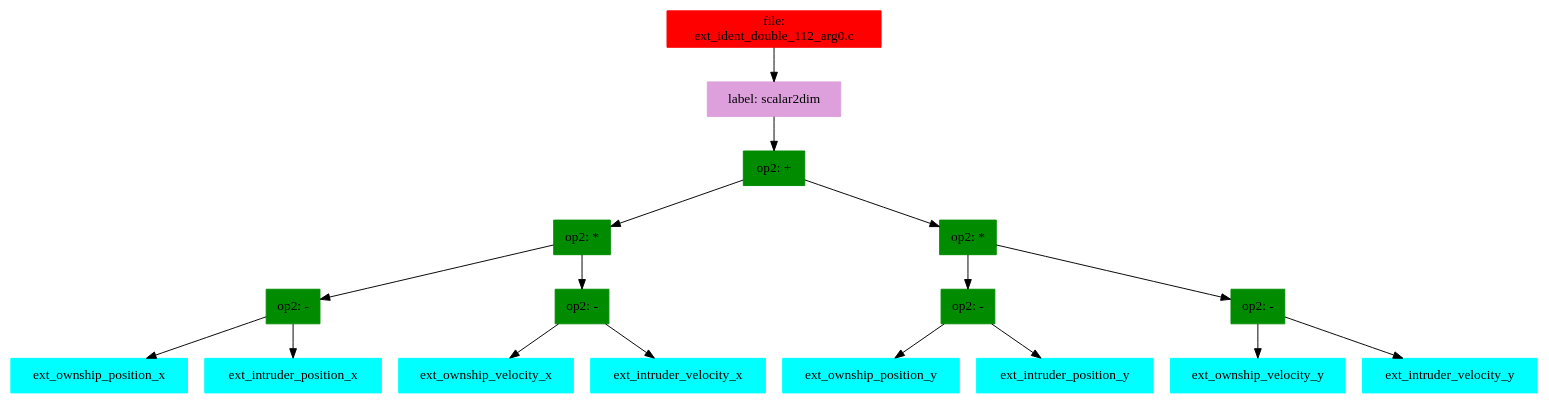
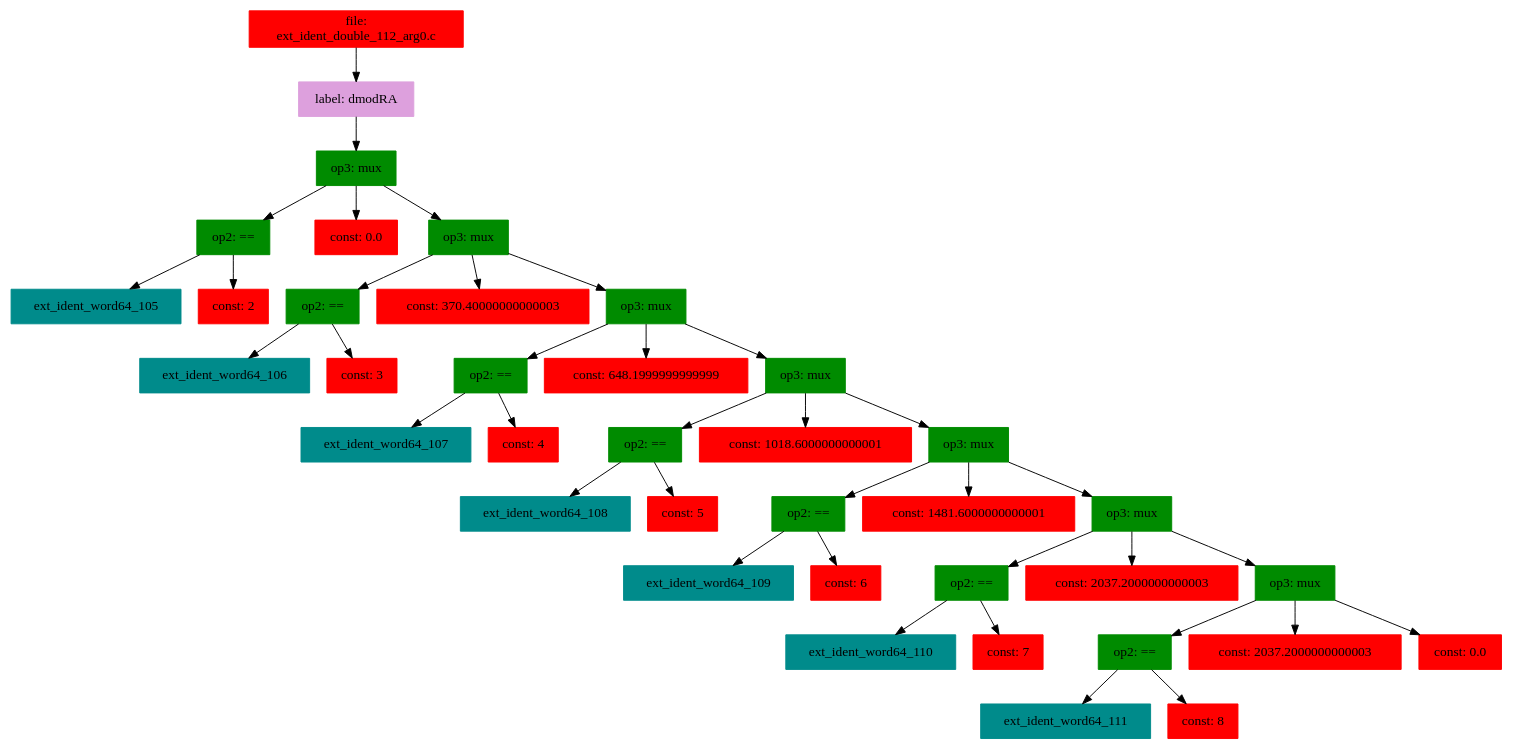
The diagram in example36/copilot-sbv-codegen/ext_ident_double_112_arg0.c.gv (Copilot-Language/examplesForACSL), drawn with Graphviz before and after one commit. The commit also changed 5241 other files, not shown here.

```diff
--- a/example36/copilot-sbv-codegen/ext_ident_double_112_arg0.c.gv
+++ b/example36/copilot-sbv-codegen/ext_ident_double_112_arg0.c.gv
@@ -1,40 +1,82 @@
 digraph G {
 node [shape=box]
 
 0 [label="file: 
 ext_ident_double_112_arg0.c",color=red, style=filled]
-1 [label="label: scalar2dim",color=plum, style=filled]
+1 [label="label: dmodRA",color=plum, style=filled]
 0 -> 1
-2 [label="op2: +",color=green4, style=filled]
+2 [label="op3: mux",color=green4, style=filled]
 1 -> 2
-3 [label="op2: *",color=green4, style=filled]
+3 [label="op2: ==",color=green4, style=filled]
 2 -> 3
-4 [label="op2: -",color=green4, style=filled]
+4 [label="ext_ident_word64_105",color=cyan4, style=filled]
 3 -> 4
-5 [label="ext_ownship_position_x",color=cyan1, style=filled]
-4 -> 5
-6 [label="ext_intruder_position_x",color=cyan1, style=filled]
-4 -> 6
-7 [label="op2: -",color=green4, style=filled]
-3 -> 7
-8 [label="ext_ownship_velocity_x",color=cyan1, style=filled]
-7 -> 8
-9 [label="ext_intruder_velocity_x",color=cyan1, style=filled]
-7 -> 9
-10 [label="op2: *",color=green4, style=filled]
-2 -> 10
-11 [label="op2: -",color=green4, style=filled]
-10 -> 11
-12 [label="ext_ownship_position_y",color=cyan1, style=filled]
-11 -> 12
-13 [label="ext_intruder_position_y",color=cyan1, style=filled]
-11 -> 13
-14 [label="op2: -",color=green4, style=filled]
-10 -> 14
-15 [label="ext_ownship_velocity_y",color=cyan1, style=filled]
-14 -> 15
-16 [label="ext_intruder_velocity_y",color=cyan1, style=filled]
-14 -> 16
+41 [label="const: 2",color=red1, style=filled]
+3 -> 41
+42 [label="const: 0.0",color=red1, style=filled]
+2 -> 42
+43 [label="op3: mux",color=green4, style=filled]
+2 -> 43
+44 [label="op2: ==",color=green4, style=filled]
+43 -> 44
+45 [label="ext_ident_word64_106",color=cyan4, style=filled]
+44 -> 45
+82 [label="const: 3",color=red1, style=filled]
+44 -> 82
+83 [label="const: 370.40000000000003",color=red1, style=filled]
+43 -> 83
+84 [label="op3: mux",color=green4, style=filled]
+43 -> 84
+85 [label="op2: ==",color=green4, style=filled]
+84 -> 85
+86 [label="ext_ident_word64_107",color=cyan4, style=filled]
+85 -> 86
+123 [label="const: 4",color=red1, style=filled]
+85 -> 123
+124 [label="const: 648.1999999999999",color=red1, style=filled]
+84 -> 124
+125 [label="op3: mux",color=green4, style=filled]
+84 -> 125
+126 [label="op2: ==",color=green4, style=filled]
+125 -> 126
+127 [label="ext_ident_word64_108",color=cyan4, style=filled]
+126 -> 127
+164 [label="const: 5",color=red1, style=filled]
+126 -> 164
+165 [label="const: 1018.6000000000001",color=red1, style=filled]
+125 -> 165
+166 [label="op3: mux",color=green4, style=filled]
+125 -> 166
+167 [label="op2: ==",color=green4, style=filled]
+166 -> 167
+168 [label="ext_ident_word64_109",color=cyan4, style=filled]
+167 -> 168
+205 [label="const: 6",color=red1, style=filled]
+167 -> 205
+206 [label="const: 1481.6000000000001",color=red1, style=filled]
+166 -> 206
+207 [label="op3: mux",color=green4, style=filled]
+166 -> 207
+208 [label="op2: ==",color=green4, style=filled]
+207 -> 208
+209 [label="ext_ident_word64_110",color=cyan4, style=filled]
+208 -> 209
+246 [label="const: 7",color=red1, style=filled]
+208 -> 246
+247 [label="const: 2037.2000000000003",color=red1, style=filled]
+207 -> 247
+248 [label="op3: mux",color=green4, style=filled]
+207 -> 248
+249 [label="op2: ==",color=green4, style=filled]
+248 -> 249
+250 [label="ext_ident_word64_111",color=cyan4, style=filled]
+249 -> 250
+287 [label="const: 8",color=red1, style=filled]
+249 -> 287
+288 [label="const: 2037.2000000000003",color=red1, style=filled]
+248 -> 288
+289 [label="const: 0.0",color=red1, style=filled]
+248 -> 289
 
 
 }
```
